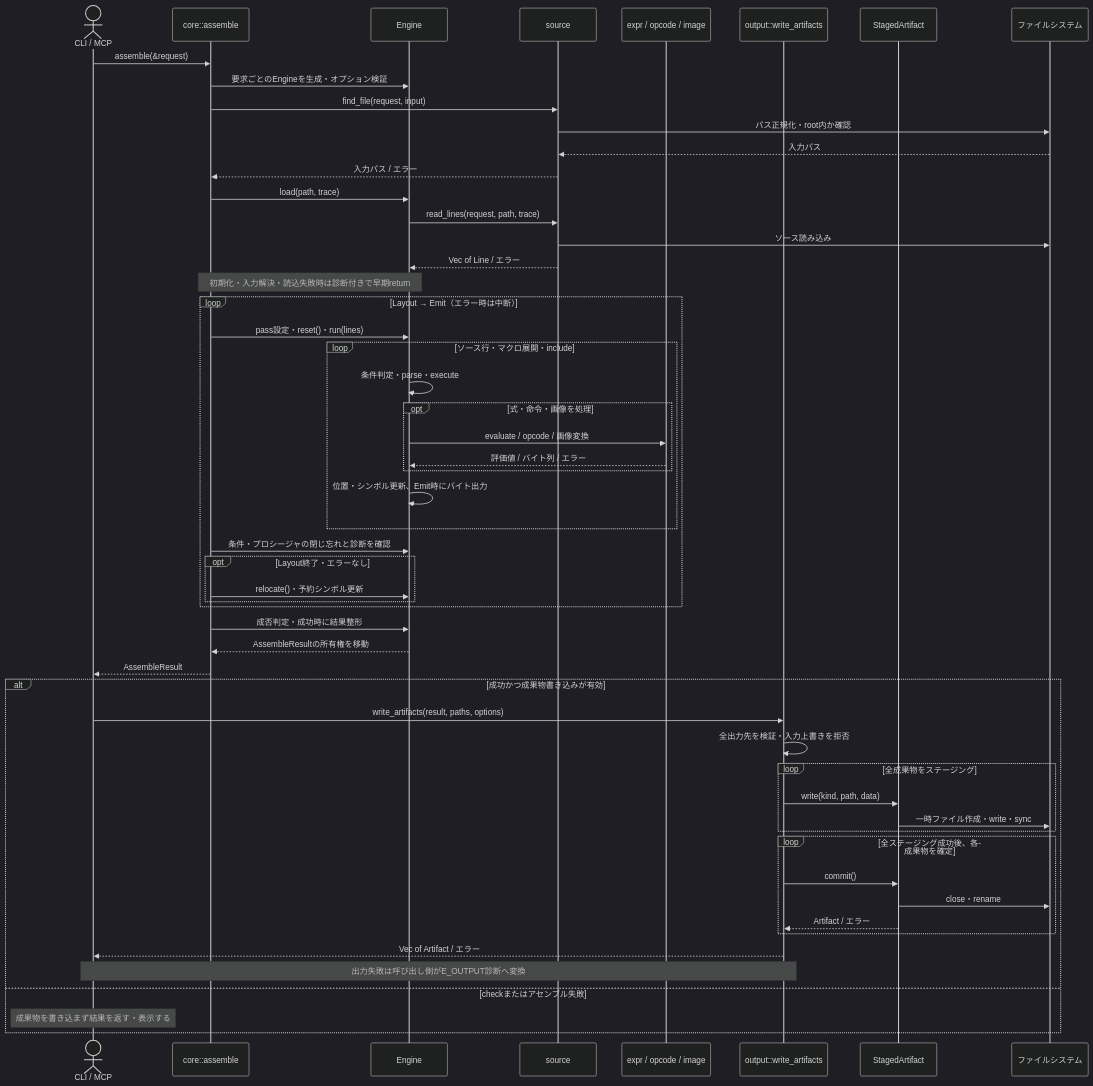
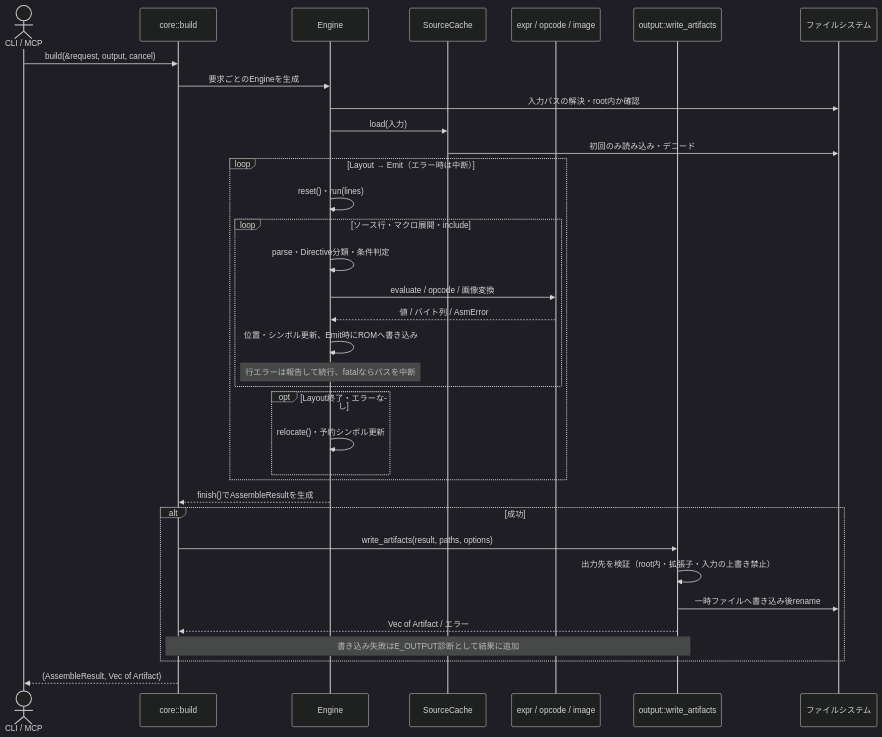
Before and after one commit to rock5easily/NesAsmSharp: the sixth of 6 diagrams in docs/rust-uml.md, drawn with Mermaid (dark theme). The commit also changed other lines of this file and 28 other files, not shown here.

````diff
--- a/docs/rust-uml.md
+++ b/docs/rust-uml.md
@@ -491,58 +565,38 @@
 ```mermaid
 sequenceDiagram
     actor Caller as CLI / MCP
-    participant API as core::assemble
+    participant API as core::build
     participant E as Engine
-    participant S as source
+    participant C as SourceCache
     participant X as expr / opcode / image
     participant O as output::write_artifacts
-    participant T as StagedArtifact
     participant FS as ファイルシステム
 
-    Caller->>API: assemble(&request)
-    API->>E: 要求ごとのEngineを生成・オプション検証
-    API->>S: find_file(request, input)
-    S->>FS: パス正規化・root内か確認
-    FS-->>S: 入力パス
-    S-->>API: 入力パス / エラー
-    API->>E: load(path, trace)
-    E->>S: read_lines(request, path, trace)
-    S->>FS: ソース読み込み
-    S-->>E: Vec of Line / エラー
-    Note over API,E: 初期化・入力解決・読込失敗時は診断付きで早期return
+    Caller->>API: build(&request, output, cancel)
+    API->>E: 要求ごとのEngineを生成
+    E->>FS: 入力パスの解決・root内か確認
+    E->>C: load(入力)
+    C->>FS: 初回のみ読み込み・デコード
     loop Layout → Emit（エラー時は中断）
-        API->>E: pass設定・reset()・run(lines)
+        E->>E: reset()・run(lines)
         loop ソース行・マクロ展開・include
-            E->>E: 条件判定・parse・execute
-            opt 式・命令・画像を処理
-                E->>X: evaluate / opcode / 画像変換
-                X-->>E: 評価値 / バイト列 / エラー
-            end
-            E->>E: 位置・シンボル更新、Emit時にバイト出力
+            E->>E: parse・Directive分類・条件判定
+            E->>X: evaluate / opcode / 画像変換
+            X-->>E: 値 / バイト列 / AsmError
+            E->>E: 位置・シンボル更新、Emit時にROMへ書き込み
+            Note over E: 行エラーは報告して続行、fatalならパスを中断
         end
-        API->>E: 条件・プロシージャの閉じ忘れと診断を確認
         opt Layout終了・エラーなし
-            API->>E: relocate()・予約シンボル更新
+            E->>E: relocate()・予約シンボル更新
         end
     end
-    API->>E: 成否判定・成功時に結果整形
-    E-->>API: AssembleResultの所有権を移動
-    API-->>Caller: AssembleResult
-    alt 成功かつ成果物書き込みが有効
-        Caller->>O: write_artifacts(result, paths, options)
-        O->>O: 全出力先を検証・入力上書きを拒否
-        loop 全成果物をステージング
-            O->>T: write(kind, path, data)
-            T->>FS: 一時ファイル作成・write・sync
-        end
-        loop 全ステージング成功後、各成果物を確定
-            O->>T: commit()
-            T->>FS: close・rename
-            T-->>O: Artifact / エラー
-        end
-        O-->>Caller: Vec of Artifact / エラー
-        Note over Caller,O: 出力失敗は呼び出し側がE_OUTPUT診断へ変換
-    else checkまたはアセンブル失敗
-        Note over Caller: 成果物を書き込まず結果を返す・表示する
+    E-->>API: finish()でAssembleResultを生成
+    alt 成功
+        API->>O: write_artifacts(result, paths, options)
+        O->>O: 出力先を検証（root内・拡張子・入力の上書き禁止）
+        O->>FS: 一時ファイルへ書き込み後rename
+        O-->>API: Vec of Artifact / エラー
+        Note over API,O: 書き込み失敗はE_OUTPUT診断として結果に追加
     end
+    API-->>Caller: (AssembleResult, Vec of Artifact)
 ```
````
